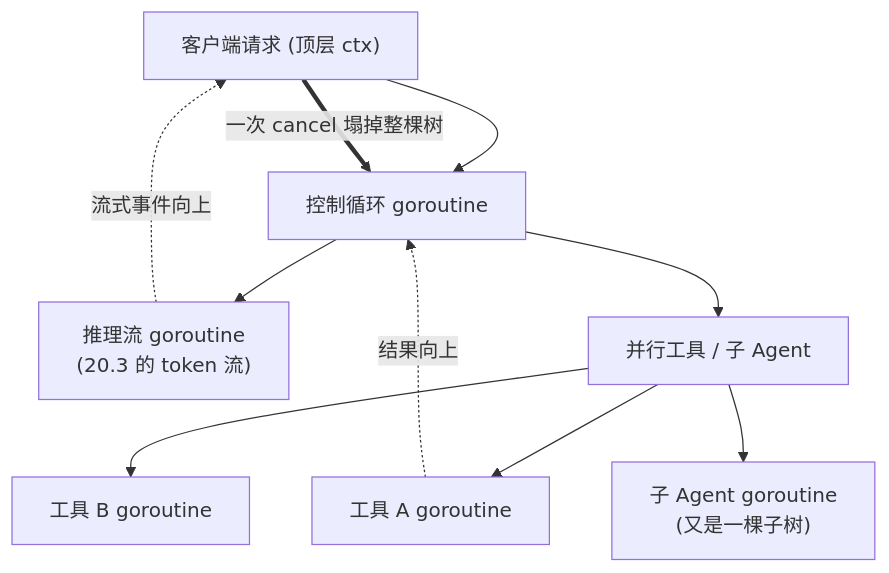
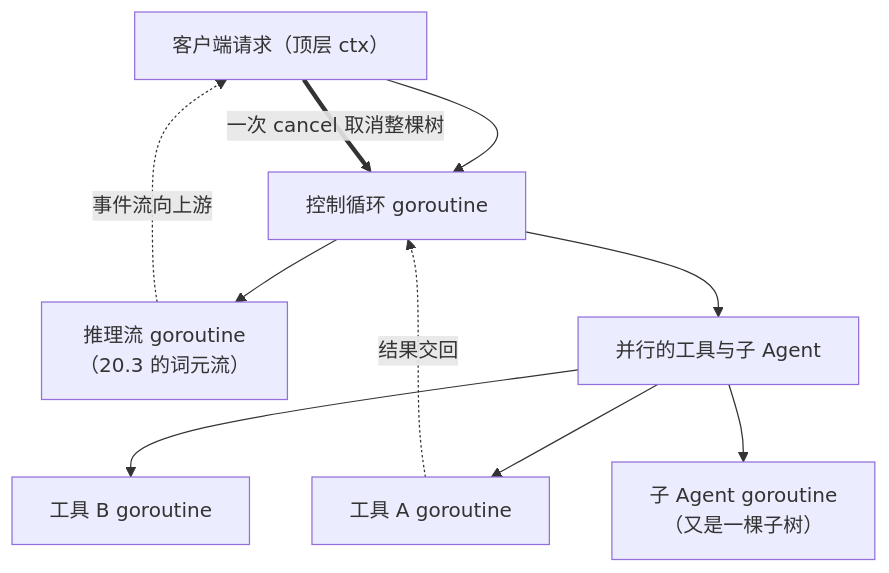
One commit to golang-design/under-the-hood changed the diagram in book/zh-cn/part6hetero/ch21agent/stream.md. Above: the diagram before and after it, drawn with Mermaid. The commit also changed other lines of this file and 3 other files, not shown here.

````diff
--- a/book/zh-cn/part6hetero/ch21agent/stream.md
+++ b/book/zh-cn/part6hetero/ch21agent/stream.md
@@ -101,12 +344,12 @@
 ```mermaid
 flowchart TD
-    client["客户端请求 (顶层 ctx)"] --> loop["控制循环 goroutine"]
-    loop --> infer["推理流 goroutine<br/>(20.3 的 token 流)"]
-    loop --> fan["并行工具 / 子 Agent"]
+    client["客户端请求（顶层 ctx）"] --> loop["控制循环 goroutine"]
+    loop --> infer["推理流 goroutine<br/>（20.3 的词元流）"]
+    loop --> fan["并行的工具与子 Agent"]
     fan --> t1["工具 A goroutine"]
     fan --> t2["工具 B goroutine"]
-    fan --> sub["子 Agent goroutine<br/>(又是一棵子树)"]
-    infer -. "流式事件向上" .-> client
-    t1 -. "结果向上" .-> loop
-    client == "一次 cancel 塌掉整棵树" ==> loop
+    fan --> sub["子 Agent goroutine<br/>（又是一棵子树）"]
+    infer -. "事件流向上游" .-> client
+    t1 -. "结果交回" .-> loop
+    client == "一次 cancel 取消整棵树" ==> loop
 ```
````
